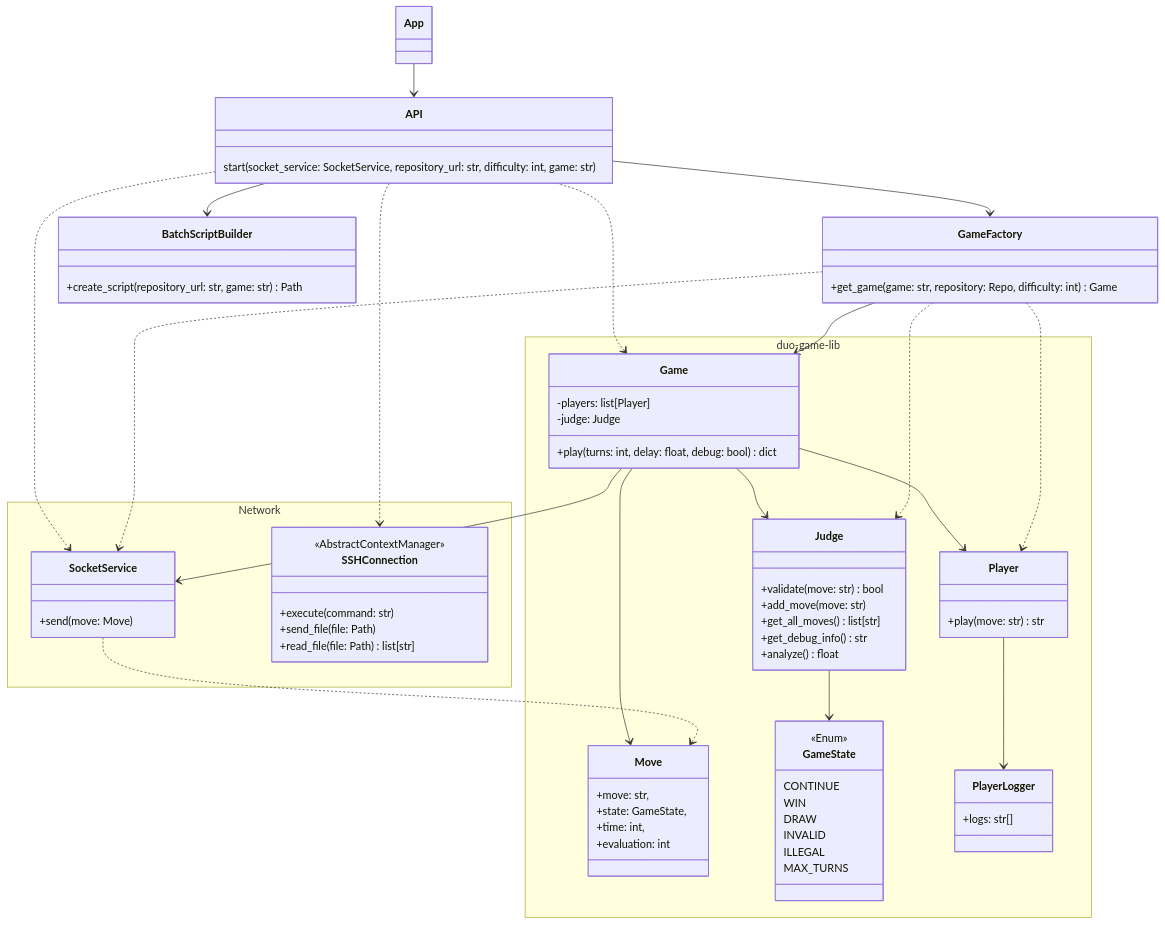
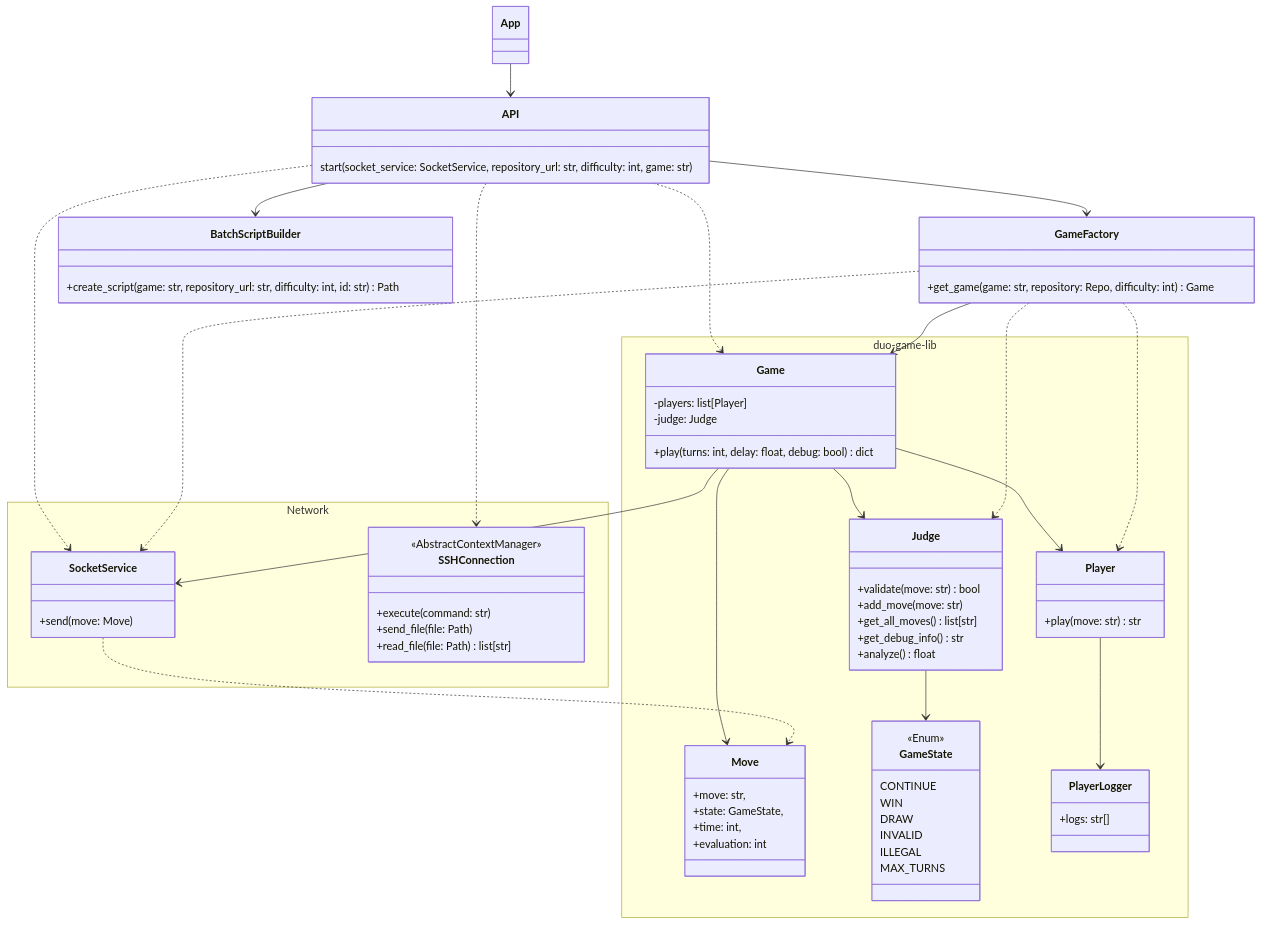
Before and after one commit to game-ai-platform-team/tira-ai-platform: the third of 5 diagrams in docs/architecture.md, drawn with Mermaid. The commit also changed other lines of this file and 1 other file, not shown here.

Commit message:
docs(#111): Add id to BatchScriptBulder

```diff
--- a/docs/architecture.md
+++ b/docs/architecture.md
@@ -135,7 +135,7 @@
 }
 
 class BatchScriptBuilder {
-    +create_script(repository_url: str, game: str) Path
+    +create_script(game: str, repository_url: str, difficulty: int, id: str) Path
 }
 
 namespace Network {
```
